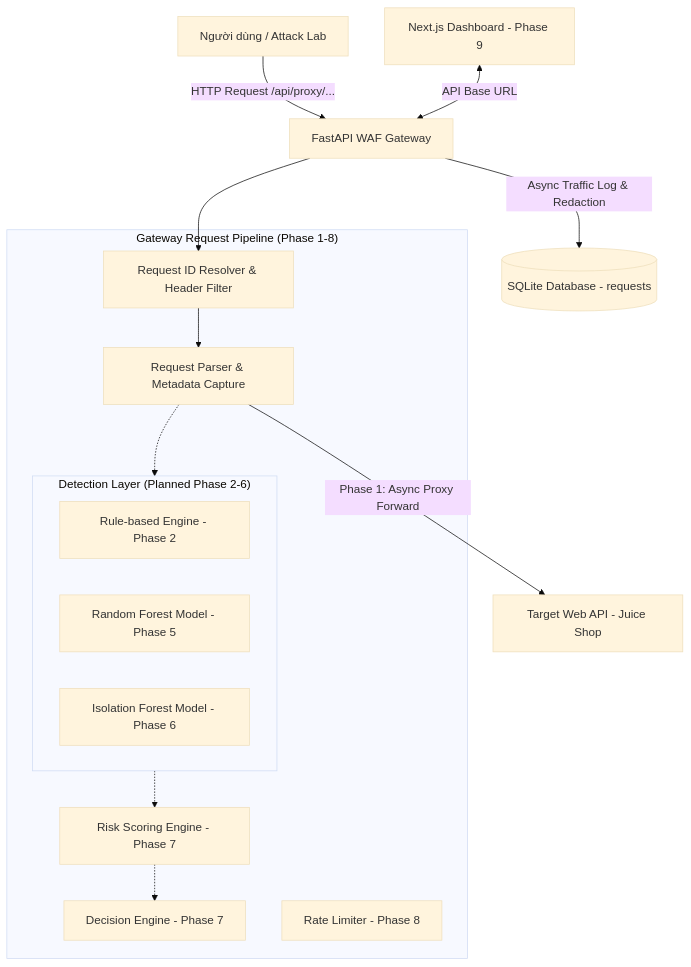
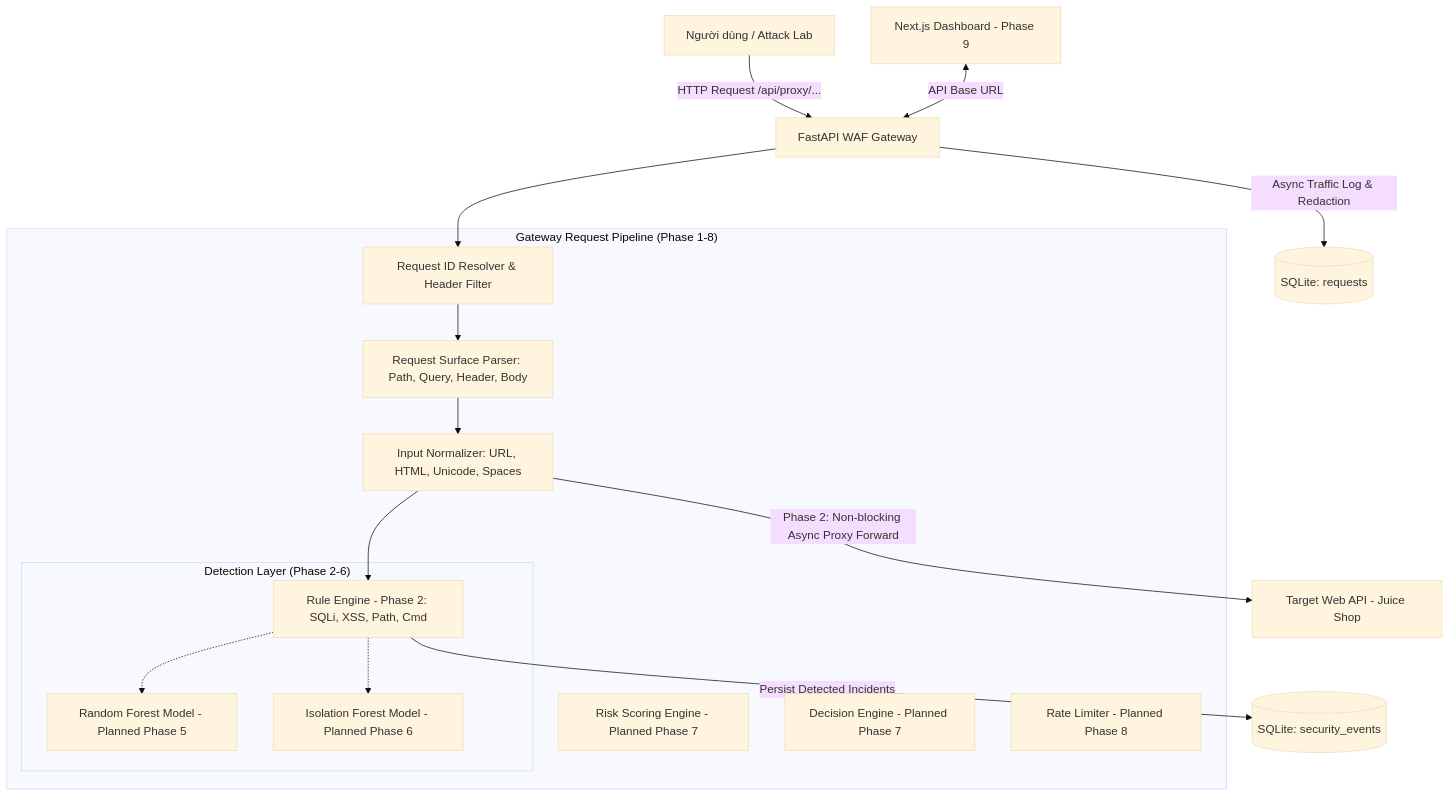
One commit to vcongggggg/pbl6 changed the diagram in docs/ARCHITECTURE.md. Above: the diagram before and after it, drawn with Mermaid (base theme). The commit also changed other lines of this file and 23 other files, not shown here.

Commit message:
feat(security): implement rule-based detection engine

````diff
--- a/docs/ARCHITECTURE.md
+++ b/docs/ARCHITECTURE.md
@@ -7,30 +7,34 @@
 ```mermaid
 graph TD
     Client[Người dùng / Attack Lab] -->|HTTP Request /api/proxy/...| Gateway[FastAPI WAF Gateway]
     
     subgraph Gateway_Pipeline["Gateway Request Pipeline (Phase 1-8)"]
         ReqID[Request ID Resolver & Header Filter]
-        Parser[Request Parser & Metadata Capture]
+        Parser[Request Surface Parser: Path, Query, Header, Body]
+        Normalizer[Input Normalizer: URL, HTML, Unicode, Spaces]
         
-        subgraph Detection_Engines["Detection Layer (Planned Phase 2-6)"]
-            RuleEngine[Rule-based Engine - Phase 2]
-            RFEngine[Random Forest Model - Phase 5]
-            IFEngine[Isolation Forest Model - Phase 6]
+        subgraph Detection_Engines["Detection Layer (Phase 2-6)"]
+            RuleEngine[Rule Engine - Phase 2: SQLi, XSS, Path, Cmd]
+            RFEngine[Random Forest Model - Planned Phase 5]
+            IFEngine[Isolation Forest Model - Planned Phase 6]
         end
         
-        RiskEngine[Risk Scoring Engine - Phase 7]
-        DecisionEngine[Decision Engine - Phase 7]
-        RateLimiter[Rate Limiter - Phase 8]
+        RiskEngine[Risk Scoring Engine - Planned Phase 7]
+        DecisionEngine[Decision Engine - Planned Phase 7]
+        RateLimiter[Rate Limiter - Planned Phase 8]
     end
     
     Gateway --> ReqID
     ReqID --> Parser
-    Parser -.-> Detection_Engines
-    Detection_Engines -.-> RiskEngine
-    RiskEngine -.-> DecisionEngine
+    Parser --> Normalizer
+    Normalizer --> RuleEngine
+    RuleEngine -.-> RFEngine
+    RuleEngine -.-> IFEngine
     
-    Parser -->|Phase 1: Async Proxy Forward| Target[Target Web API - Juice Shop]
+    RuleEngine -->|Persist Detected Incidents| DB_Sec[(SQLite: security_events)]
     
-    Gateway -->|Async Traffic Log & Redaction| DB[(SQLite Database - requests)]
+    Normalizer -->|Phase 2: Non-blocking Async Proxy Forward| Target[Target Web API - Juice Shop]
+    
+    Gateway -->|Async Traffic Log & Redaction| DB_Req[(SQLite: requests)]
     Dashboard[Next.js Dashboard - Phase 9] <-->|API Base URL| Gateway
 ```
````
